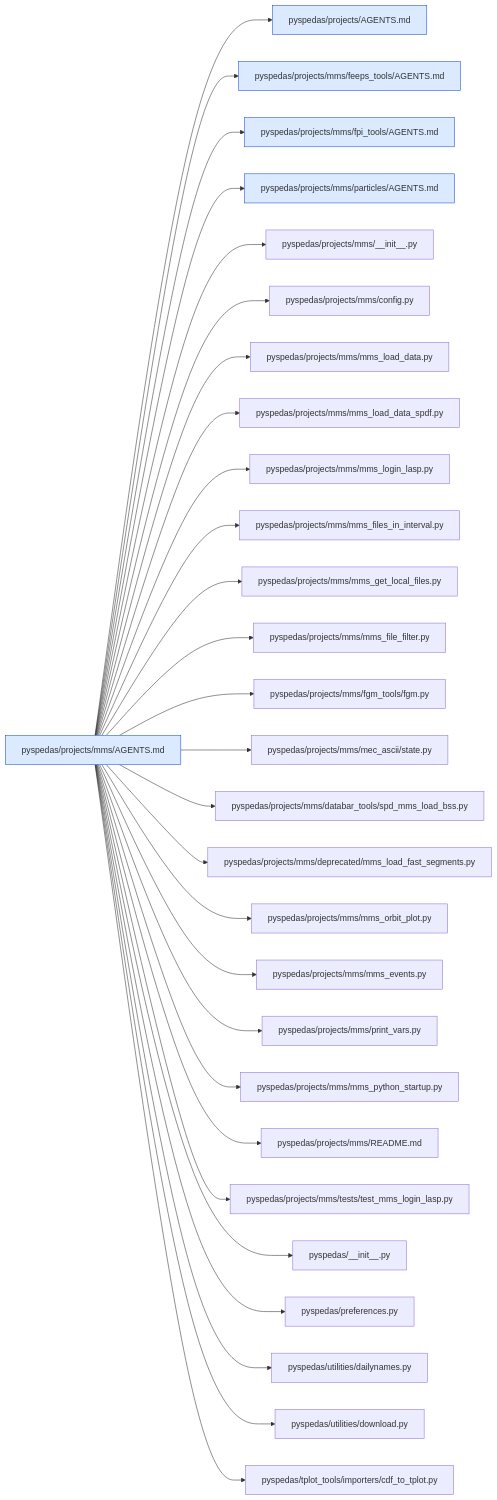
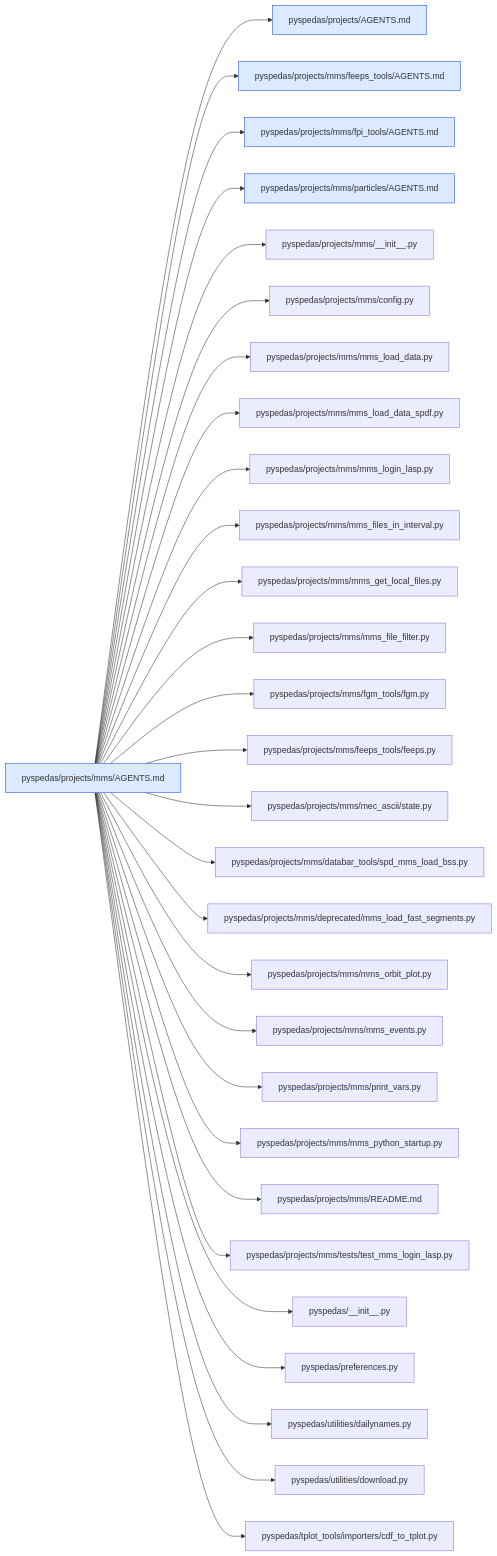
Before and after one commit to spedas/pyspedas: diagram 23 of 43 in .agents/map/MAP.md, drawn with Mermaid. The commit also changed other lines of this file and 1 other file, not shown here.

````diff
--- a/.agents/map/MAP.md
+++ b/.agents/map/MAP.md
@@ -873,33 +913,34 @@
 ```mermaid
 graph LR
   classDef agents fill:#dbeafe,stroke:#1d4ed8
   classDef missing fill:#fee2e2,stroke:#b91c1c,stroke-dasharray:4
   self["pyspedas/projects/mms/AGENTS.md"]:::agents
   self --> r0["pyspedas/projects/AGENTS.md"]:::agents
   self --> r1["pyspedas/projects/mms/feeps_tools/AGENTS.md"]:::agents
   self --> r2["pyspedas/projects/mms/fpi_tools/AGENTS.md"]:::agents
   self --> r3["pyspedas/projects/mms/particles/AGENTS.md"]:::agents
   self --> r4["pyspedas/projects/mms/__init__.py"]
   self --> r5["pyspedas/projects/mms/config.py"]
   self --> r6["pyspedas/projects/mms/mms_load_data.py"]
   self --> r7["pyspedas/projects/mms/mms_load_data_spdf.py"]
   self --> r8["pyspedas/projects/mms/mms_login_lasp.py"]
   self --> r9["pyspedas/projects/mms/mms_files_in_interval.py"]
   self --> r10["pyspedas/projects/mms/mms_get_local_files.py"]
   self --> r11["pyspedas/projects/mms/mms_file_filter.py"]
   self --> r12["pyspedas/projects/mms/fgm_tools/fgm.py"]
-  self --> r13["pyspedas/projects/mms/mec_ascii/state.py"]
-  self --> r14["pyspedas/projects/mms/databar_tools/spd_mms_load_bss.py"]
-  self --> r15["pyspedas/projects/mms/deprecated/mms_load_fast_segments.py"]
-  self --> r16["pyspedas/projects/mms/mms_orbit_plot.py"]
-  self --> r17["pyspedas/projects/mms/mms_events.py"]
-  self --> r18["pyspedas/projects/mms/print_vars.py"]
-  self --> r19["pyspedas/projects/mms/mms_python_startup.py"]
-  self --> r20["pyspedas/projects/mms/README.md"]
-  self --> r21["pyspedas/projects/mms/tests/test_mms_login_lasp.py"]
-  self --> r22["pyspedas/__init__.py"]
-  self --> r23["pyspedas/preferences.py"]
-  self --> r24["pyspedas/utilities/dailynames.py"]
-  self --> r25["pyspedas/utilities/download.py"]
-  self --> r26["pyspedas/tplot_tools/importers/cdf_to_tplot.py"]
+  self --> r13["pyspedas/projects/mms/feeps_tools/feeps.py"]
+  self --> r14["pyspedas/projects/mms/mec_ascii/state.py"]
+  self --> r15["pyspedas/projects/mms/databar_tools/spd_mms_load_bss.py"]
+  self --> r16["pyspedas/projects/mms/deprecated/mms_load_fast_segments.py"]
+  self --> r17["pyspedas/projects/mms/mms_orbit_plot.py"]
+  self --> r18["pyspedas/projects/mms/mms_events.py"]
+  self --> r19["pyspedas/projects/mms/print_vars.py"]
+  self --> r20["pyspedas/projects/mms/mms_python_startup.py"]
+  self --> r21["pyspedas/projects/mms/README.md"]
+  self --> r22["pyspedas/projects/mms/tests/test_mms_login_lasp.py"]
+  self --> r23["pyspedas/__init__.py"]
+  self --> r24["pyspedas/preferences.py"]
+  self --> r25["pyspedas/utilities/dailynames.py"]
+  self --> r26["pyspedas/utilities/download.py"]
+  self --> r27["pyspedas/tplot_tools/importers/cdf_to_tplot.py"]
 ```
````
